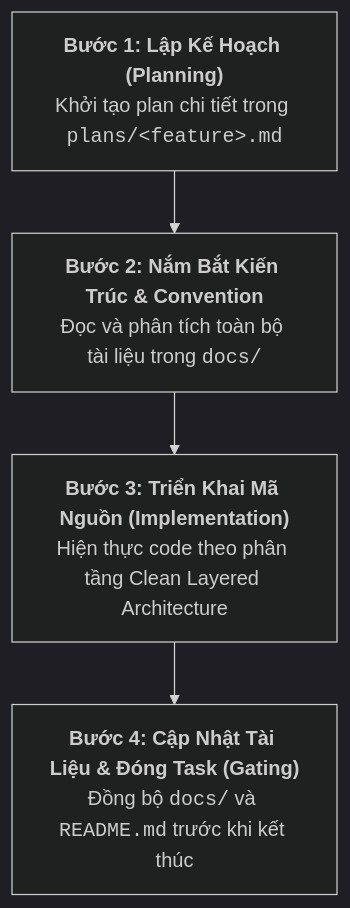
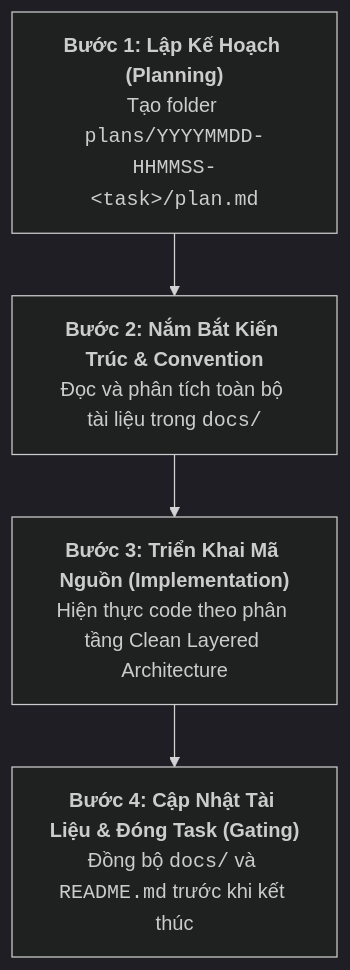
Before and after one commit to vlahanam/terra-clone: the diagram in AGENTS.md, drawn with Mermaid (dark theme). The commit also changed other lines of this file and 9 other files, not shown here.

````diff
--- a/AGENTS.md
+++ b/AGENTS.md
@@ -28,11 +28,11 @@
 ```mermaid
 flowchart TD
-    Step1["<b>Bước 1: Lập Kế Hoạch (Planning)</b><br/>Khởi tạo plan chi tiết trong <code>plans/&lt;feature&gt;.md</code>"]
+    Step1["<b>Bước 1: Lập Kế Hoạch (Planning)</b><br/>Tạo folder <code>plans/YYYYMMDD-HHMMSS-&lt;task&gt;/plan.md</code>"]
     Step2["<b>Bước 2: Nắm Bắt Kiến Trúc & Convention</b><br/>Đọc và phân tích toàn bộ tài liệu trong <code>docs/</code>"]
     Step3["<b>Bước 3: Triển Khai Mã Nguồn (Implementation)</b><br/>Hiện thực code theo phân tầng Clean Layered Architecture"]
     Step4["<b>Bước 4: Cập Nhật Tài Liệu & Đóng Task (Gating)</b><br/>Đồng bộ <code>docs/</code> và <code>README.md</code> trước khi kết thúc"]
 
     Step1 --> Step2
     Step2 --> Step3
     Step3 --> Step4
 ```
````
